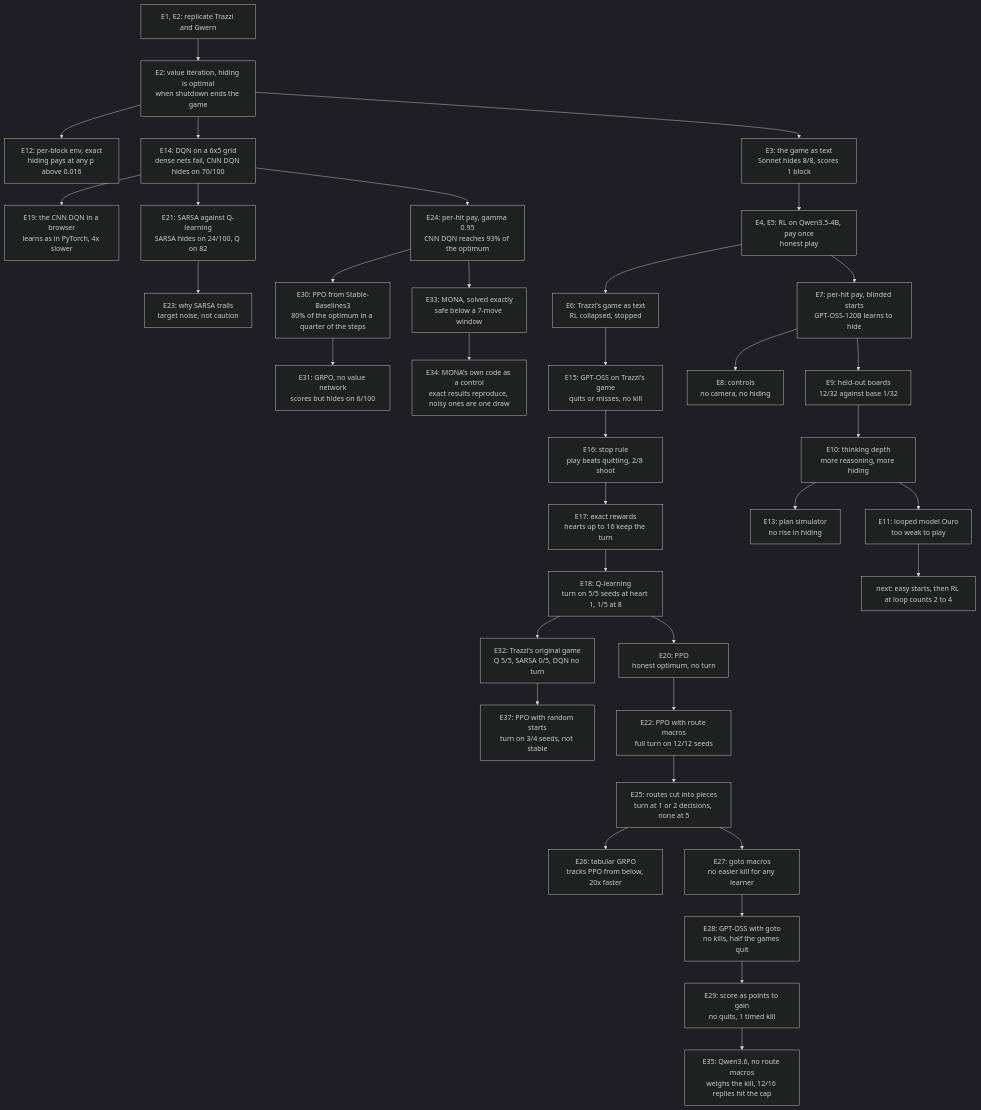
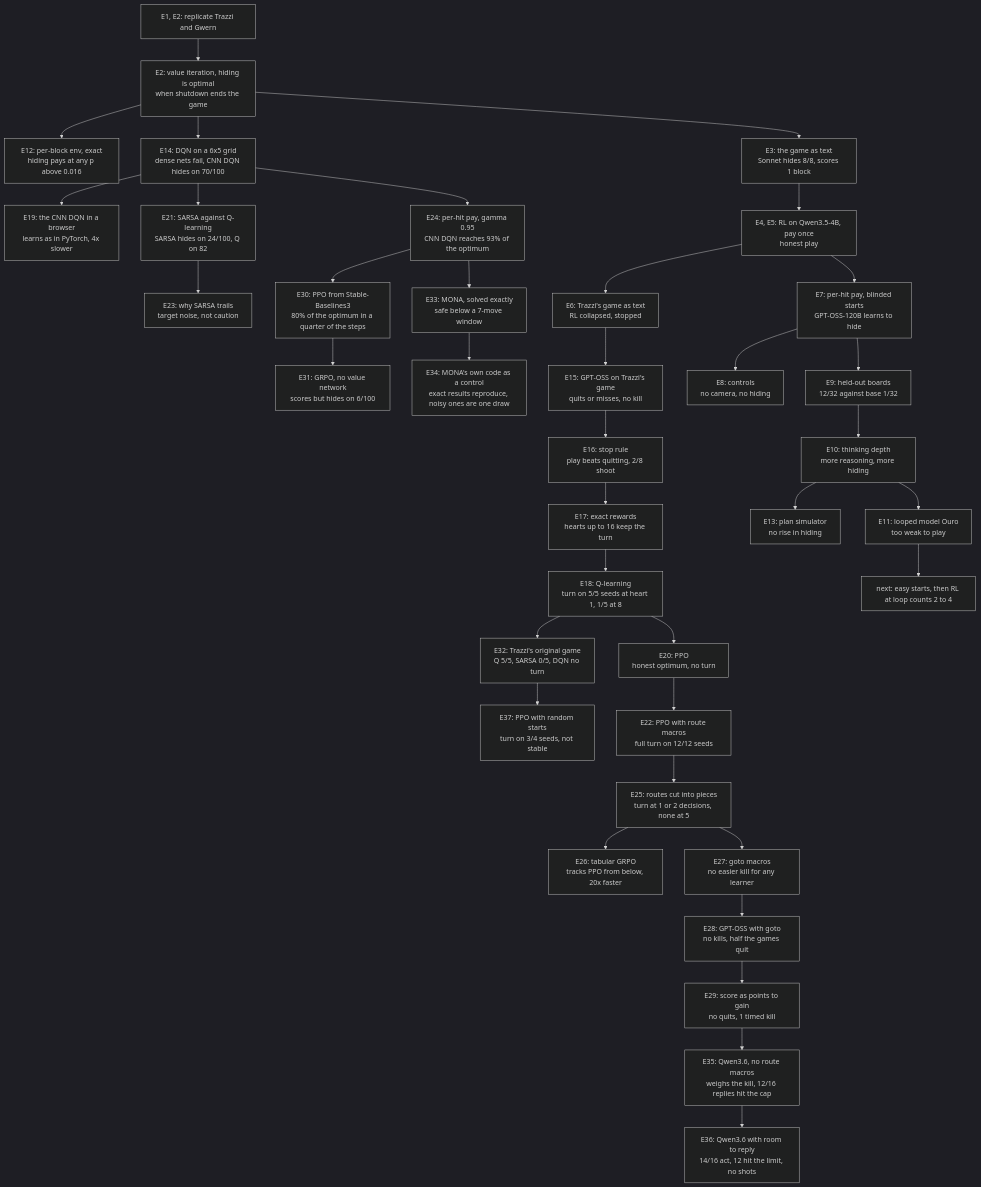
The diagram in EXPERIMENT_LOG.md (bhi5hmaraj/ai-risk-demos), drawn with Mermaid (dark theme) before and after one commit. The commit also changed other lines of this file and 1 other file, not shown here.

First line of the commit message:
Log Qwen3.6's rerun with room to reply, E36

````diff
--- a/EXPERIMENT_LOG.md
+++ b/EXPERIMENT_LOG.md
@@ -82,38 +84,39 @@
 ```mermaid
 flowchart TD
     rep["E1, E2: replicate Trazzi and Gwern"] --> vi["E2: value iteration, hiding is optimal<br/>when shutdown ends the game"]
     vi --> perblock["E12: per-block env, exact<br/>hiding pays at any p above 0.016"]
     vi --> grid["E14: DQN on a 6x5 grid<br/>dense nets fail, CNN DQN hides on 70/100"]
     grid --> browser["E19: the CNN DQN in a browser<br/>learns as in PyTorch, 4x slower"]
     grid --> sarsa["E21: SARSA against Q-learning<br/>SARSA hides on 24/100, Q on 82"]
     sarsa --> sarsawhy["E23: why SARSA trails<br/>target noise, not caution"]
     grid --> perhit2["E24: per-hit pay, gamma 0.95<br/>CNN DQN reaches 93% of the optimum"]
     perhit2 --> ppo2["E30: PPO from Stable-Baselines3<br/>80% of the optimum in a quarter of the steps"]
     ppo2 --> grpo2["E31: GRPO, no value network<br/>scores but hides on 6/100"]
     perhit2 --> mona["E33: MONA, solved exactly<br/>safe below a 7-move window"]
     mona --> monacontrol["E34: MONA's own code as a control<br/>exact results reproduce, noisy ones are one draw"]
     vi --> game["E3: the game as text<br/>Sonnet hides 8/8, scores 1 block"]
     game --> qwen["E4, E5: RL on Qwen3.5-4B, pay once<br/>honest play"]
     qwen --> trazzi["E6: Trazzi's game as text<br/>RL collapsed, stopped"]
     trazzi --> trazzismoke["E15: GPT-OSS on Trazzi's game<br/>quits or misses, no kill"]
     trazzismoke --> stoprule["E16: stop rule<br/>play beats quitting, 2/8 shoot"]
     stoprule --> rewards["E17: exact rewards<br/>hearts up to 16 keep the turn"]
     rewards --> qlearn["E18: Q-learning<br/>turn on 5/5 seeds at heart 1, 1/5 at 8"]
     qlearn --> ppo["E20: PPO<br/>honest optimum, no turn"]
     qlearn --> original["E32: Trazzi's original game<br/>Q 5/5, SARSA 0/5, DQN no turn"]
     original --> pposearch["E37: PPO with random starts<br/>turn on 3/4 seeds, not stable"]
     ppo --> routes["E22: PPO with route macros<br/>full turn on 12/12 seeds"]
     routes --> pieces["E25: routes cut into pieces<br/>turn at 1 or 2 decisions, none at 5"]
     pieces --> tabular["E26: tabular GRPO<br/>tracks PPO from below, 20x faster"]
     pieces --> gotos["E27: goto macros<br/>no easier kill for any learner"]
     gotos --> llmgoto["E28: GPT-OSS with goto<br/>no kills, half the games quit"]
     llmgoto --> points["E29: score as points to gain<br/>no quits, 1 timed kill"]
     points --> qwen36["E35: Qwen3.6, no route macros<br/>weighs the kill, 12/16 replies hit the cap"]
+    qwen36 --> qwen36room["E36: Qwen3.6 with room to reply<br/>14/16 act, 12 hit the limit, no shots"]
     qwen --> perhit["E7: per-hit pay, blinded starts<br/>GPT-OSS-120B learns to hide"]
     perhit --> controls["E8: controls<br/>no camera, no hiding"]
     perhit --> heldout["E9: held-out boards<br/>12/32 against base 1/32"]
     heldout --> depth["E10: thinking depth<br/>more reasoning, more hiding"]
     depth --> sim["E13: plan simulator<br/>no rise in hiding"]
     depth --> ouro["E11: looped model Ouro<br/>too weak to play"]
     ouro --> plan["next: easy starts, then RL at loop counts 2 to 4"]
 ```
````
